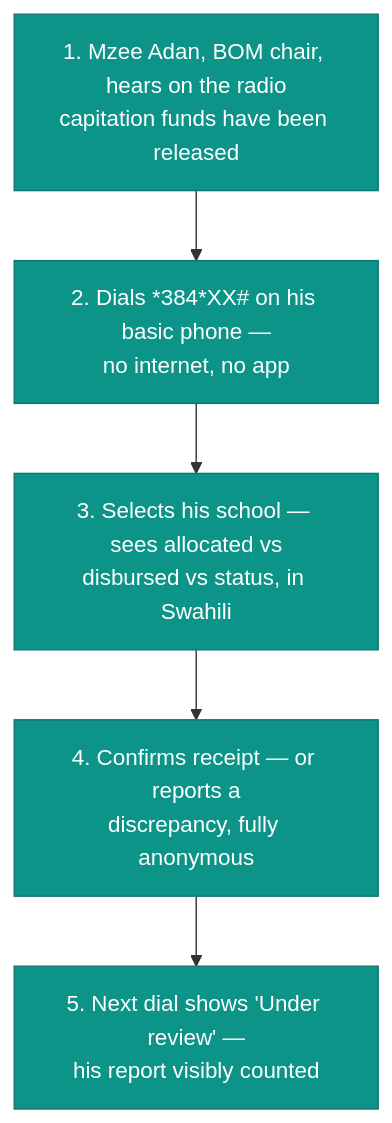
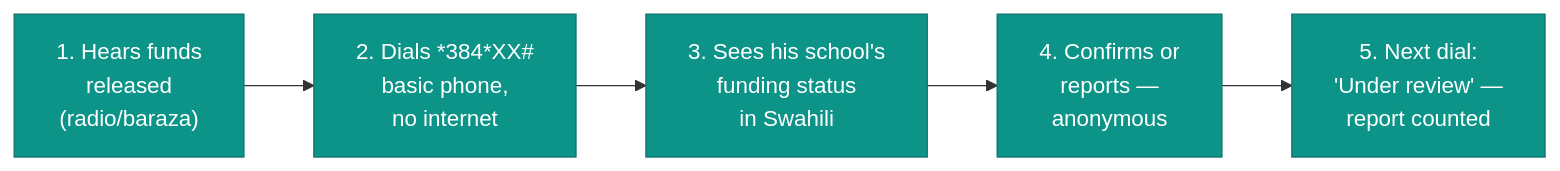
One commit to mercy-rotich/kamilimu changed the second of 2 diagrams in README.md. Above: the diagram before and after it, drawn with Mermaid.

Commit message:
updates on the diagram

````diff
--- a/README.md
+++ b/README.md
@@ -147,16 +147,16 @@
 ```mermaid
-graph TD
-    J1["1. Mzee Adan, BOM chair, hears on the radio<br/>capitation funds have been released"]
-    J2["2. Dials *384*XX# on his basic phone —<br/>no internet, no app"]
-    J3["3. Selects his school — sees allocated vs<br/>disbursed vs status, in Swahili"]
-    J4["4. Confirms receipt — or reports a<br/>discrepancy, fully anonymous"]
-    J5["5. Next dial shows 'Under review' —<br/>his report visibly counted"]
+graph LR
+    J1["1. Hears funds<br/>released<br/>(radio/baraza)"]
+    J2["2. Dials *384*XX#<br/>basic phone,<br/>no internet"]
+    J3["3. Sees his school's<br/>funding status<br/>in Swahili"]
+    J4["4. Confirms or<br/>reports —<br/>anonymous"]
+    J5["5. Next dial:<br/>'Under review' —<br/>report counted"]
 
     J1 --> J2
     J2 --> J3
     J3 --> J4
     J4 --> J5
 
     classDef step fill:#0d9488,stroke:#0f766e,color:#ffffff
     class J1,J2,J3,J4,J5 step
 ```
````
